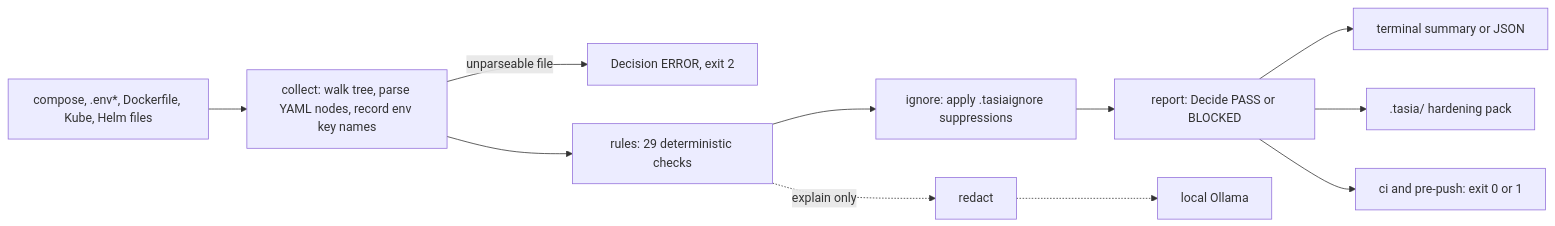
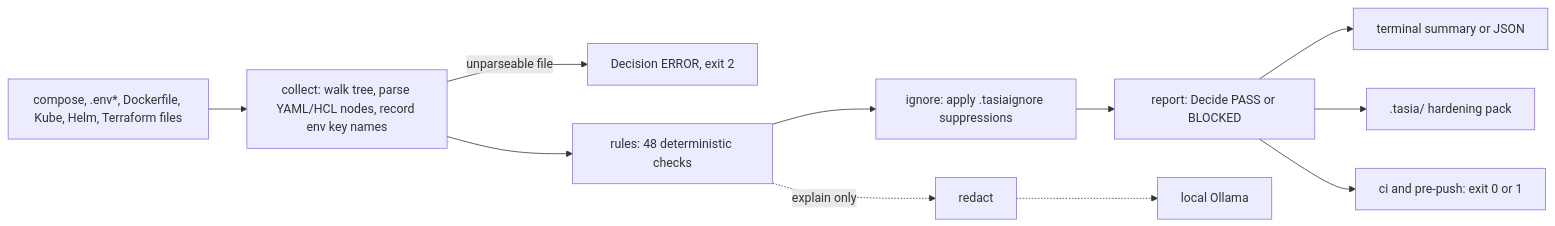
Before and after one commit to joeyvictorino/tasia: the diagram in README.md, drawn with Mermaid. The commit also changed other lines of this file, not shown here.

First line of the commit message:
docs: update README with 48 rules, inline suppression, and SARIF baseline

````diff
--- a/README.md
+++ b/README.md
@@ -222,12 +238,12 @@
 ```mermaid
 flowchart LR
-  F["compose, .env*, Dockerfile, Kube, Helm files"] --> C["collect: walk tree, parse YAML nodes, record env key names"]
+  F["compose, .env*, Dockerfile, Kube, Helm, Terraform files"] --> C["collect: walk tree, parse YAML/HCL nodes, record env key names"]
   C -- "unparseable file" --> X["Decision ERROR, exit 2"]
-  C --> R["rules: 29 deterministic checks"]
+  C --> R["rules: 48 deterministic checks"]
   R --> I["ignore: apply .tasiaignore suppressions"]
   I --> D["report: Decide PASS or BLOCKED"]
   D --> T["terminal summary or JSON"]
   D --> P[".tasia/ hardening pack"]
   D --> G["ci and pre-push: exit 0 or 1"]
   R -. "explain only" .-> RD["redact"] -.-> O["local Ollama"]
 ```
````
